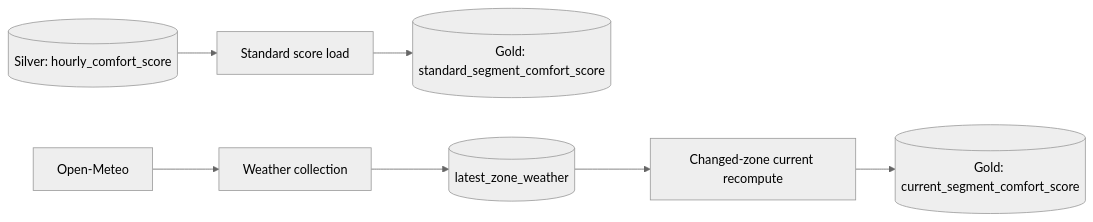
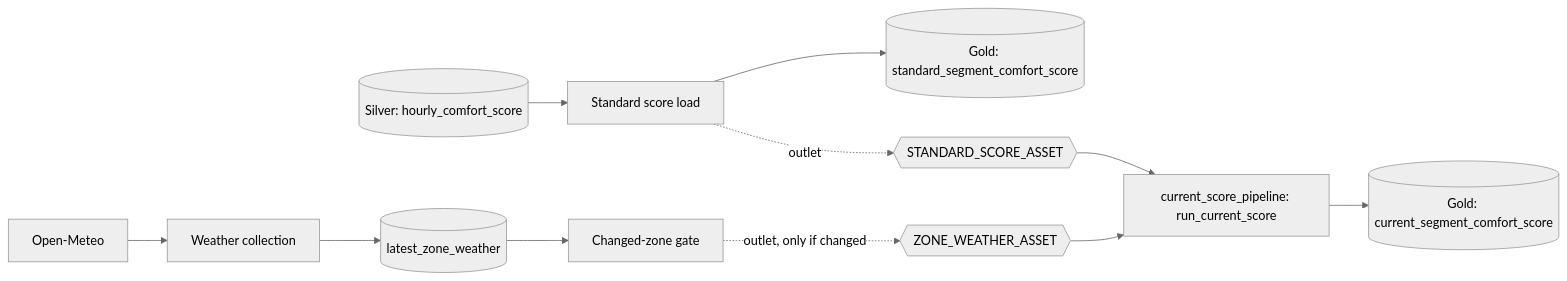
One commit to softeerbootcamp-8th/DE_team4-4una changed the third of 3 diagrams in context/architecture.md. Above: the diagram before and after it, drawn with Mermaid (neutral theme). The commit also changed other lines of this file and 2 other files, not shown here.

First line of the commit message:
docs: sync architecture, readme, and adr-0007 with the merged 3-dag pipeline

````diff
--- a/context/architecture.md
+++ b/context/architecture.md
@@ -138,9 +149,13 @@
 ```mermaid
 flowchart LR
     HC[(Silver: hourly_comfort_score)] --> ST[Standard score load]
     ST --> SS[(Gold: standard_segment_comfort_score)]
+    ST -. outlet .-> SA{{STANDARD_SCORE_ASSET}}
     W[Open-Meteo] --> WC[Weather collection]
     WC --> LZ[(latest_zone_weather)]
-    LZ --> CS[Changed-zone current recompute]
+    LZ --> DZ[Changed-zone gate]
+    DZ -. outlet, only if changed .-> ZA{{ZONE_WEATHER_ASSET}}
+    SA --> CS[current_score_pipeline: run_current_score]
+    ZA --> CS
     CS --> CU[(Gold: current_segment_comfort_score)]
 ```
````
